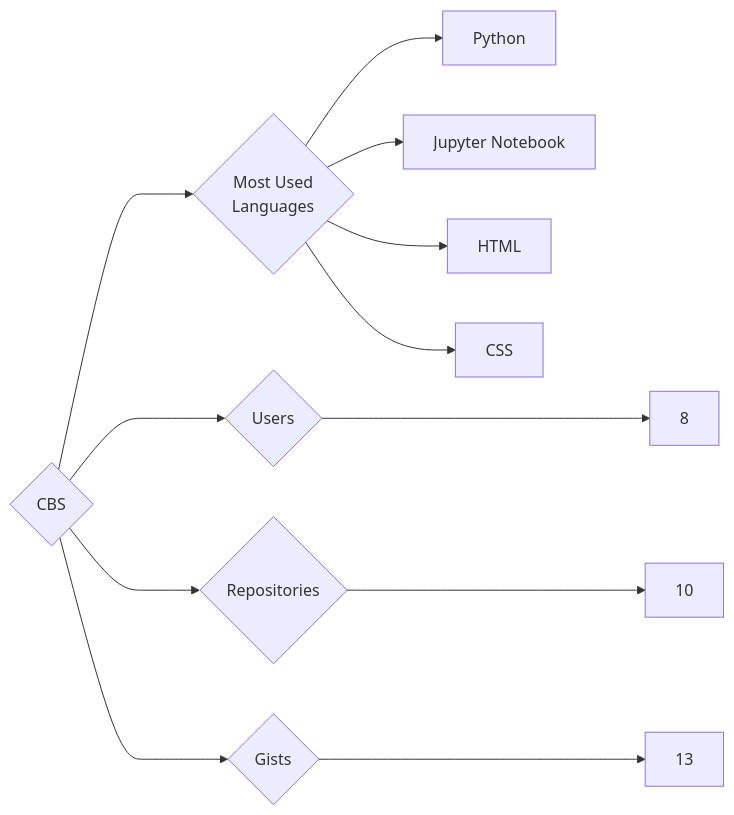
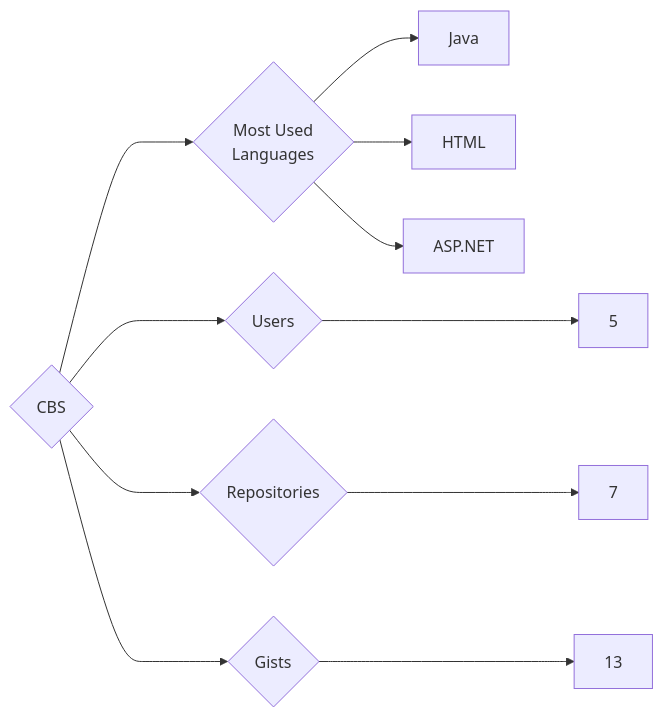
Before and after one commit to trickest/insiders: the diagram in targets/CBS/README.md, drawn with Mermaid. The commit also changed 870 other files, not shown here.

````diff
--- a/targets/CBS/README.md
+++ b/targets/CBS/README.md
@@ -3,12 +3,11 @@
 ```mermaid
 graph LR
 COMPANY_NAME{CBS}
-COMPANY_NAME ---> U{Users} ---> UN[8]
-COMPANY_NAME ---> R{Repositories} ---> RN[10]
+COMPANY_NAME ---> U{Users} ---> UN[5]
+COMPANY_NAME ---> R{Repositories} ---> RN[7]
 COMPANY_NAME ---> G{Gists} ---> GN[13]
 COMPANY_NAME ---> ML{Most Used<br>Languages}
-ML --> Python[Python]
-ML --> Jupyter_Notebook[Jupyter Notebook]
+ML --> Java[Java]
 ML --> HTML[HTML]
-ML --> CSS[CSS]
+ML --> ASP.NET[ASP.NET]
 ```
````
